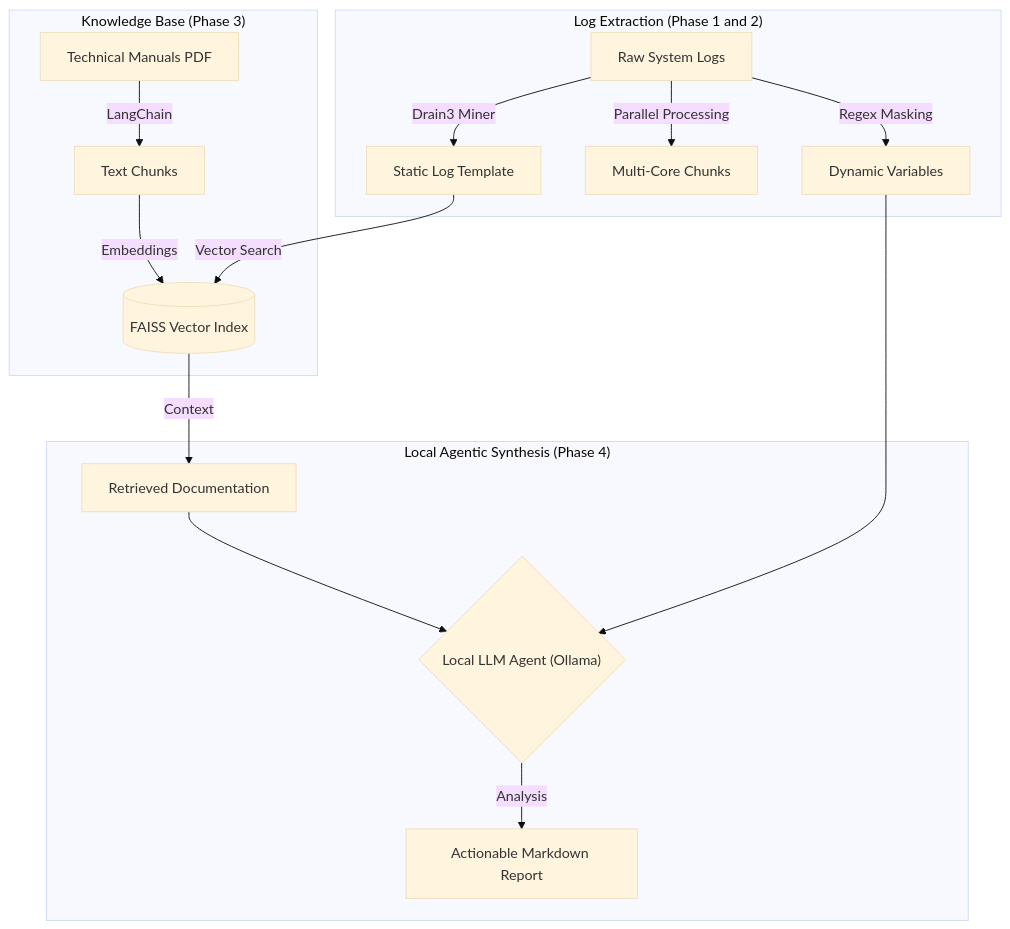
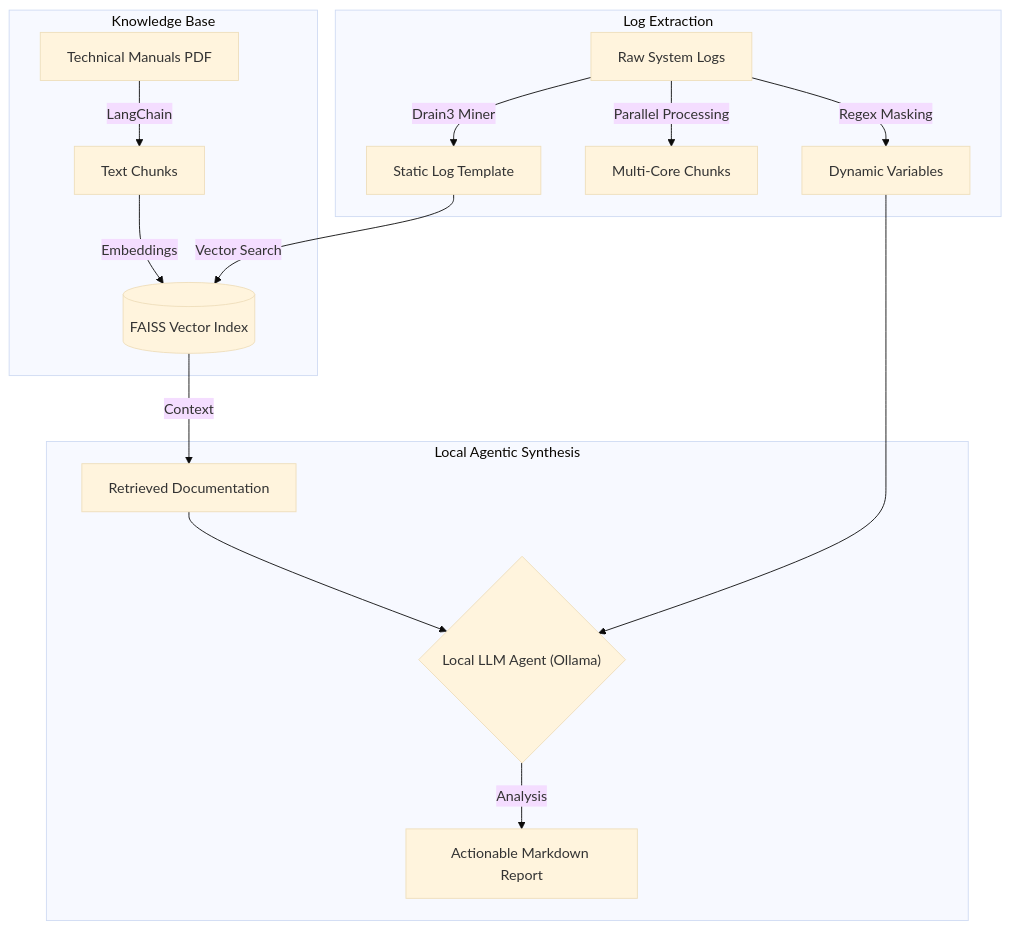
Before and after one commit to chinmayrozekar/SiliconSentry_Agentic_RAG_Log_Triage_System: the diagram in README.md, drawn with Mermaid (base theme). The commit also changed other lines of this file and 1 other file, not shown here.

Commit message:
Refactor: Rename technical document to ROADMAP.md, update wording to clarify local log parsing and scalability

````diff
--- a/README.md
+++ b/README.md
@@ -17,21 +17,21 @@
 ```mermaid
 graph TD
-    subgraph "Knowledge Base (Phase 3)"
+    subgraph "Knowledge Base "
         A[Technical Manuals PDF] -->|LangChain| B[Text Chunks]
         B -->|Embeddings| C[(FAISS Vector Index)]
     end
 
-    subgraph "Log Extraction (Phase 1 and 2)"
+    subgraph "Log Extraction "
         D[Raw System Logs] -->|Drain3 Miner| E[Static Log Template]
         D -->|Parallel Processing| F[Multi-Core Chunks]
         D -->|Regex Masking| G[Dynamic Variables]
     end
 
-    subgraph "Local Agentic Synthesis (Phase 4)"
+    subgraph "Local Agentic Synthesis "
         E -->|Vector Search| C
         C -->|Context| H[Retrieved Documentation]
         H --> I{"Local LLM Agent (Ollama)"}
         G --> I
         I -->|Analysis| J[Actionable Markdown Report]
     end
 ```
````
